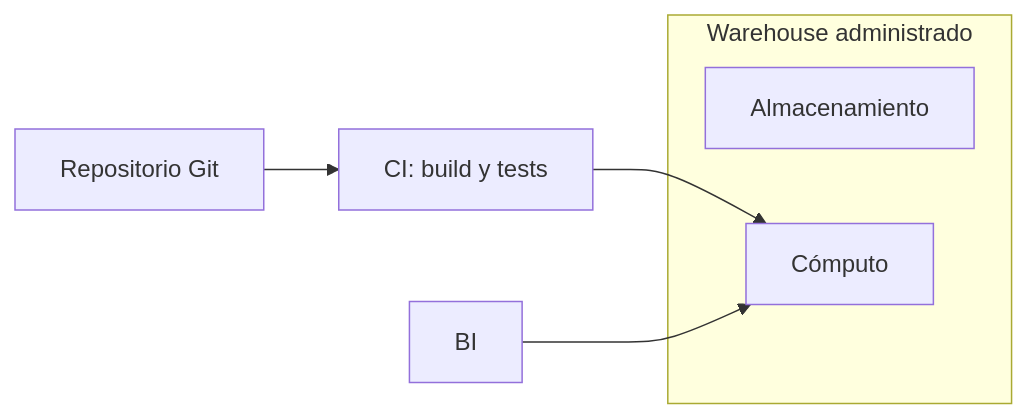
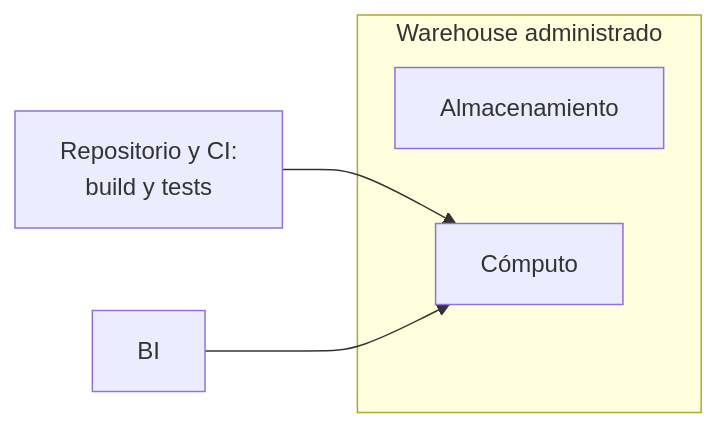
One commit to fcp4891/de-knowledge-hub changed the third of 3 diagrams in content/architectures/modern-data-warehouse-architecture.md. Above: the diagram before and after it, drawn with Mermaid. The commit also changed other lines of this file and 13 other files, not shown here.

````diff
--- a/content/architectures/modern-data-warehouse-architecture.md
+++ b/content/architectures/modern-data-warehouse-architecture.md
@@ -142,10 +142,9 @@
 ```mermaid
 flowchart LR
   subgraph W["Warehouse administrado"]
     S["Almacenamiento"]
     C["Cómputo"]
   end
-  G["Repositorio Git"] --> CI["CI: build y tests"]
-  CI --> C
+  G["Repositorio y CI:<br/>build y tests"] --> C
   U["BI"] --> C
 ```
````
